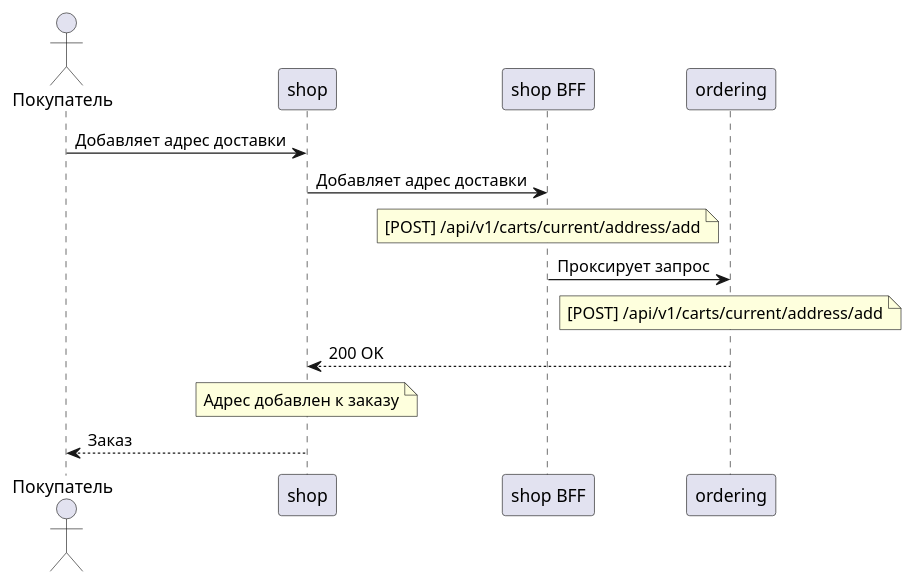
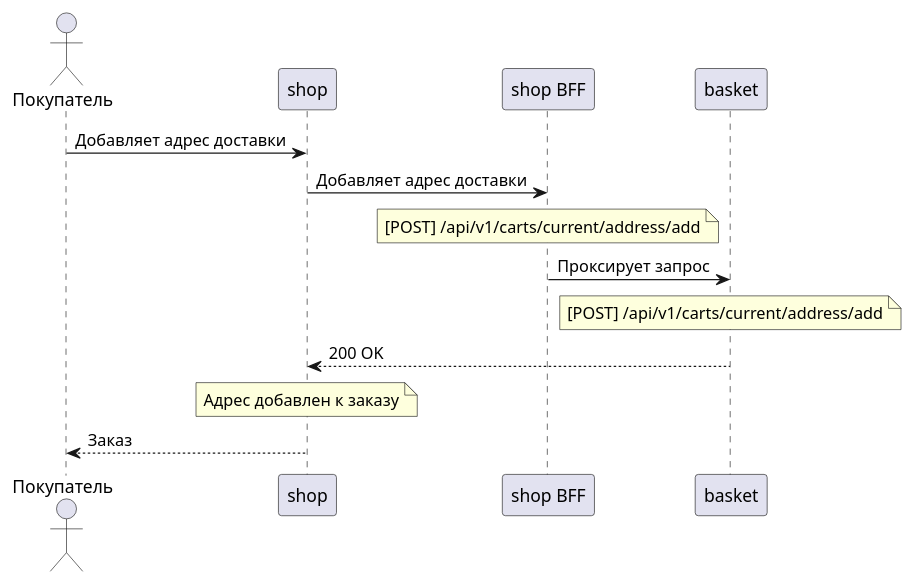
Before and after one commit to gerzhan/knigaexpert-system-design: the diagram in services/ordering/use-cases/uc-4.md, drawn with PlantUML. The commit also changed 18 other files, not shown here.

````diff
--- a/services/ordering/use-cases/uc-4.md
+++ b/services/ordering/use-cases/uc-4.md
@@ -3,17 +3,17 @@
 ```plantuml
 actor "Покупатель" as customer
 participant "shop" as shop_app
 participant "shop BFF" as shop_bff
-participant "ordering" as ordering
+participant "basket" as basket
 
 customer -> shop_app: Добавляет адрес доставки
 shop_app -> shop_bff: Добавляет адрес доставки
 note over shop_bff: [POST] /api/v1/carts/current/address/add
 
-shop_bff -> ordering: Проксирует запрос
-note over ordering: [POST] /api/v1/carts/current/address/add
+shop_bff -> basket: Проксирует запрос
+note over basket: [POST] /api/v1/carts/current/address/add
 
-shop_app <--  ordering: 200 OK
+shop_app <--  basket: 200 OK
 note over shop_app: Адрес добавлен к заказу
 customer <--  shop_app: Заказ
 ```
````
